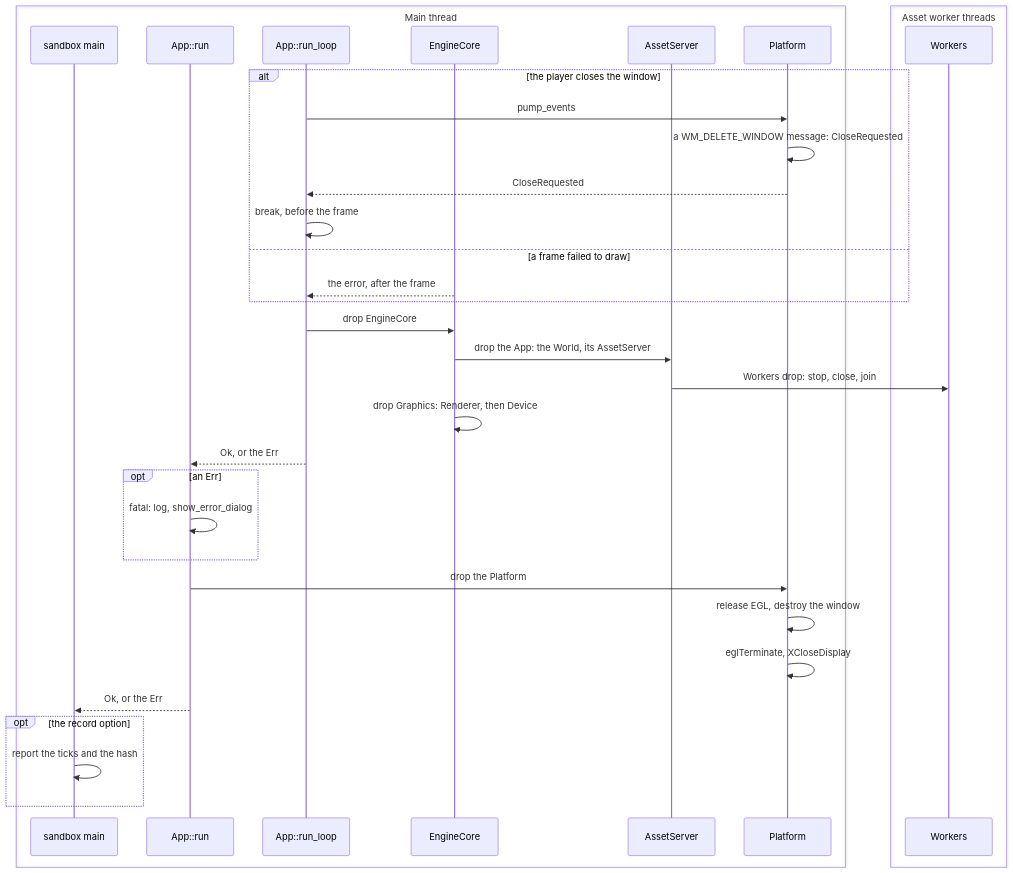
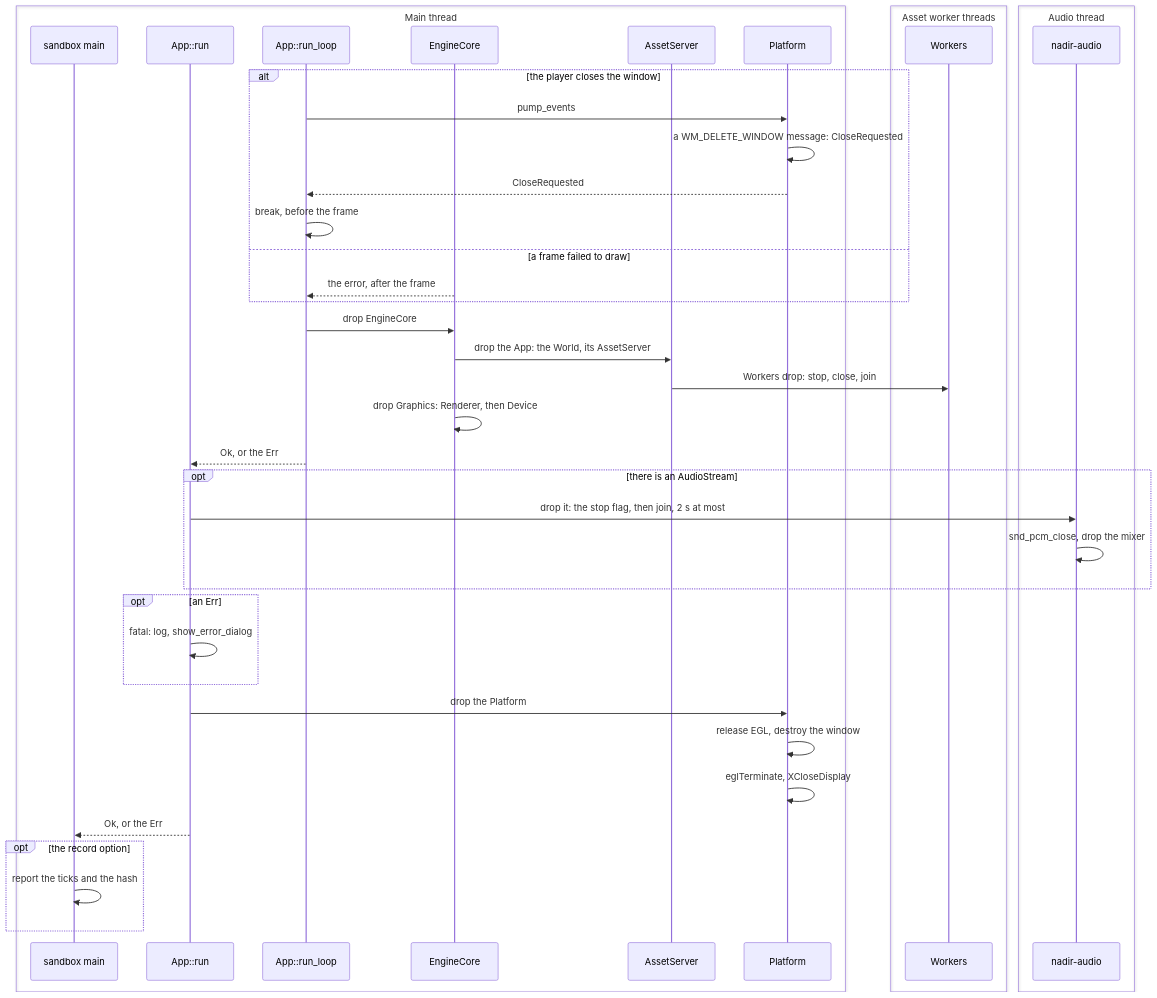
The ninth of 12 diagrams in diagrams/game-loop-sequence.md (jabbott-iii/Nadir), drawn with Mermaid before and after one commit. The commit also changed other lines of this file and 35 other files, not shown here.

````diff
--- a/diagrams/game-loop-sequence.md
+++ b/diagrams/game-loop-sequence.md
@@ -451,38 +489,45 @@
 ```mermaid
 sequenceDiagram
     box Main thread
         participant Main as sandbox main
         participant Run as App::run
         participant RL as App::run_loop
         participant Core as EngineCore
         participant Srv as AssetServer
         participant Plat as Platform
     end
     box Asset worker threads
         participant Wk as Workers
+    end
+    box Audio thread
+        participant Thr as nadir-audio
     end
 
     alt the player closes the window
         RL->>Plat: pump_events
         Plat->>Plat: a WM_DELETE_WINDOW message: CloseRequested
         Plat-->>RL: CloseRequested
         RL->>RL: break, before the frame
     else a frame failed to draw
         Core-->>RL: the error, after the frame
     end
     RL->>Core: drop EngineCore
     Core->>Srv: drop the App: the World, its AssetServer
     Srv->>Wk: Workers drop: stop, close, join
     Core->>Core: drop Graphics: Renderer, then Device
     RL-->>Run: Ok, or the Err
+    opt there is an AudioStream
+        Run->>Thr: drop it: the stop flag, then join, 2 s at most
+        Thr->>Thr: snd_pcm_close, drop the mixer
+    end
     opt an Err
         Run->>Run: fatal: log, show_error_dialog
     end
     Run->>Plat: drop the Platform
     Plat->>Plat: release EGL, destroy the window
     Plat->>Plat: eglTerminate, XCloseDisplay
     Run-->>Main: Ok, or the Err
     opt the record option
         Main->>Main: report the ticks and the hash
     end
 ```
````
